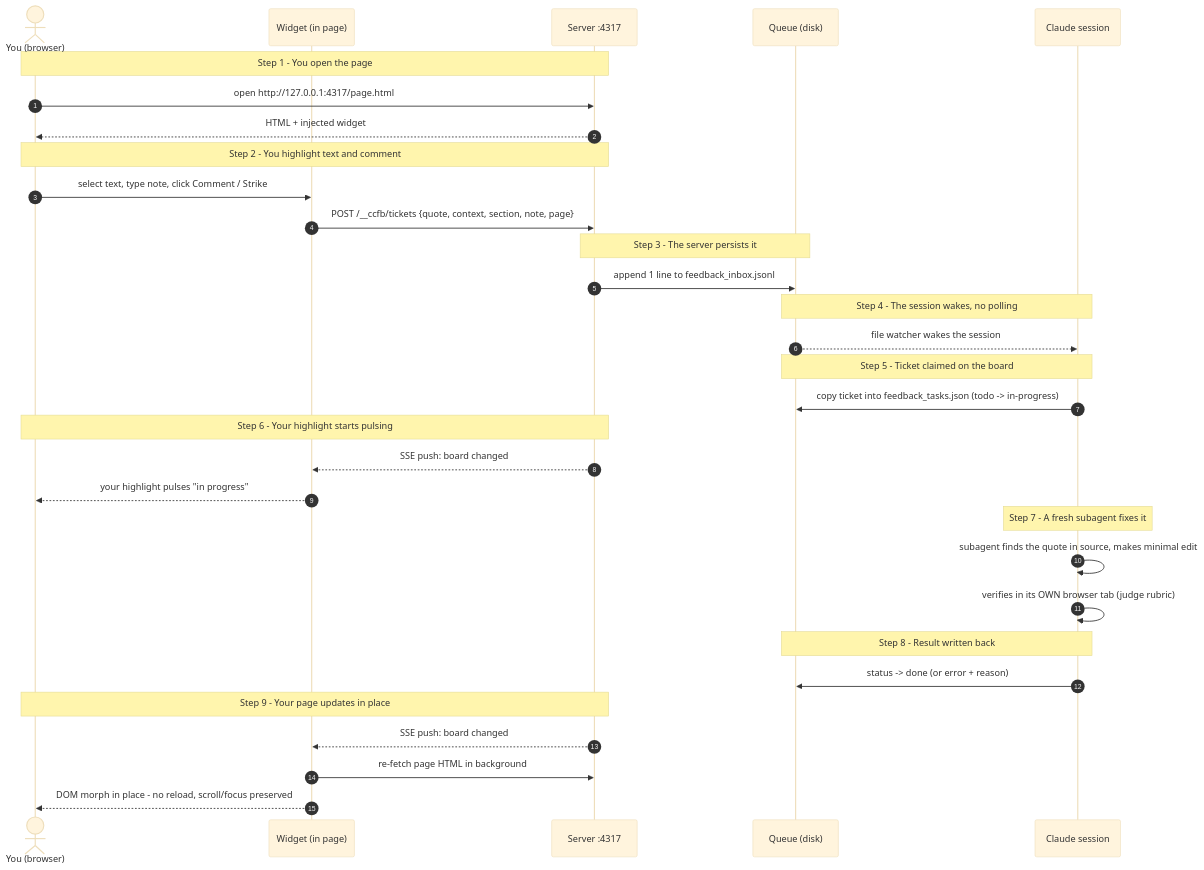
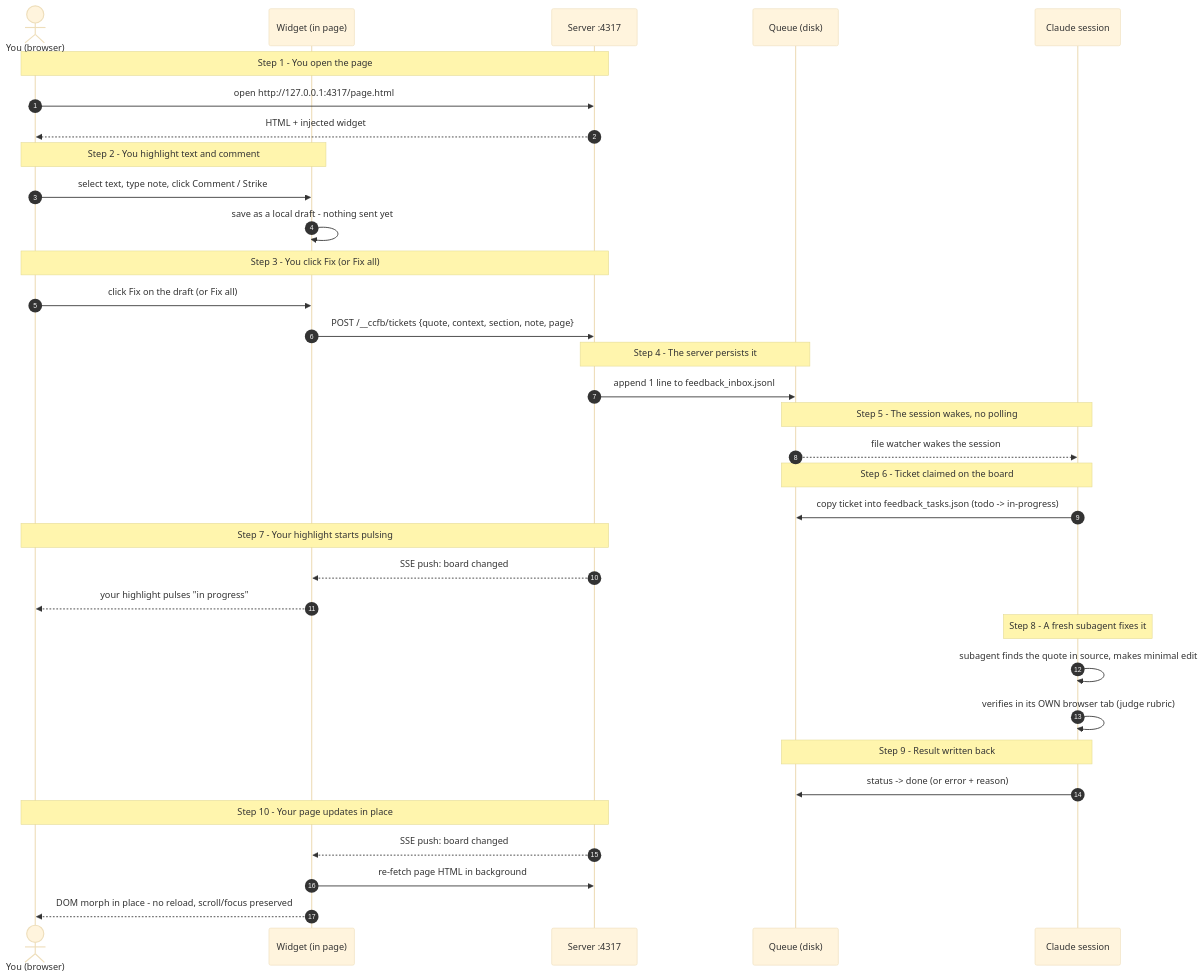
Before and after one commit to TechSeeHome/cc-htmlfeedback: the first of 2 diagrams in docs/how-it-works.md, drawn with Mermaid (base theme). The commit also changed other lines of this file and 8 other files, not shown here.

````diff
--- a/docs/how-it-works.md
+++ b/docs/how-it-works.md
@@ -23,42 +23,46 @@
 ```mermaid
 sequenceDiagram
     autonumber
     actor You as You (browser)
     participant W as Widget (in page)
     participant S as Server :4317
     participant Q as Queue (disk)
     participant C as Claude session
 
     Note over You,S: Step 1 - You open the page
     You->>S: open http://127.0.0.1:4317/page.html
     S-->>You: HTML + injected widget
 
-    Note over You,S: Step 2 - You highlight text and comment
+    Note over You,W: Step 2 - You highlight text and comment
     You->>W: select text, type note, click Comment / Strike
+    W->>W: save as a local draft - nothing sent yet
+
+    Note over You,S: Step 3 - You click Fix (or Fix all)
+    You->>W: click Fix on the draft (or Fix all)
     W->>S: POST /__ccfb/tickets {quote, context, section, note, page}
 
-    Note over S,Q: Step 3 - The server persists it
+    Note over S,Q: Step 4 - The server persists it
     S->>Q: append 1 line to feedback_inbox.jsonl
 
-    Note over Q,C: Step 4 - The session wakes, no polling
+    Note over Q,C: Step 5 - The session wakes, no polling
     Q-->>C: file watcher wakes the session
 
-    Note over C,Q: Step 5 - Ticket claimed on the board
+    Note over C,Q: Step 6 - Ticket claimed on the board
     C->>Q: copy ticket into feedback_tasks.json (todo -> in-progress)
 
-    Note over S,You: Step 6 - Your highlight starts pulsing
+    Note over S,You: Step 7 - Your highlight starts pulsing
     S-->>W: SSE push: board changed
     W-->>You: your highlight pulses "in progress"
 
-    Note over C: Step 7 - A fresh subagent fixes it
+    Note over C: Step 8 - A fresh subagent fixes it
     C->>C: subagent finds the quote in source, makes minimal edit
     C->>C: verifies in its OWN browser tab (judge rubric)
 
-    Note over C,Q: Step 8 - Result written back
+    Note over C,Q: Step 9 - Result written back
     C->>Q: status -> done (or error + reason)
 
-    Note over S,You: Step 9 - Your page updates in place
+    Note over S,You: Step 10 - Your page updates in place
     S-->>W: SSE push: board changed
     W->>S: re-fetch page HTML in background
     W-->>You: DOM morph in place - no reload, scroll/focus preserved
 ```
````
